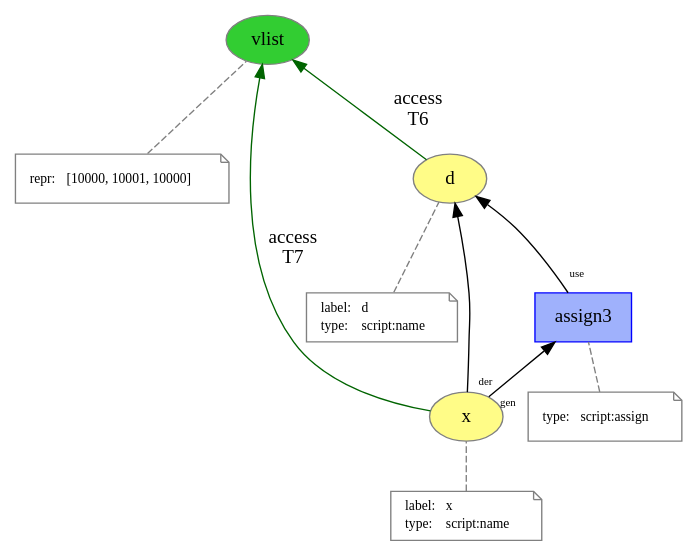
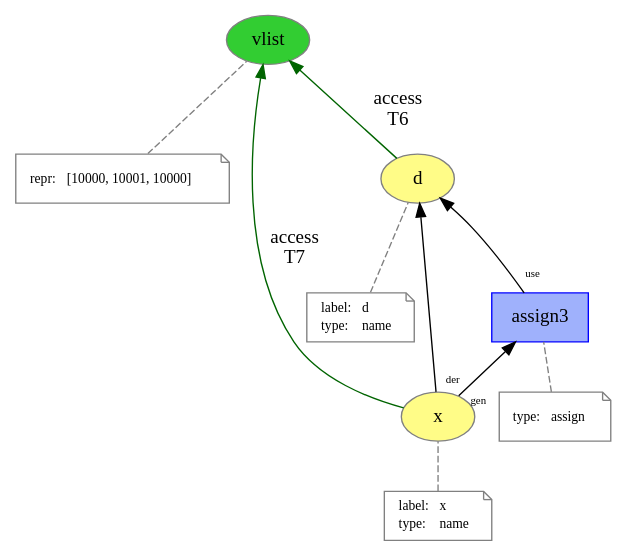
Before and after one commit to dew-uff/versioned-prov: the diagram in images/mutable_prov/list_assign2.dot, drawn with Graphviz. The commit also changed 216 other files, not shown here.

```diff
--- a/images/mutable_prov/list_assign2.dot
+++ b/images/mutable_prov/list_assign2.dot
@@ -1,49 +1,49 @@
 digraph "PROV" { size="16,12"; rankdir="BT";
 "http://example.org/vlist" [fillcolor="#32CD32",color="#808080",style="filled",label="vlist",URL="http://example.org/vlist"]
 "-attrs0" [color="gray",shape="note",fontsize="10",fontcolor="black",label=<<TABLE cellpadding="0" border="0">
 	<TR>
 	    <TD align="left">repr:</TD>
 	    <TD align="left">[10000, 10001, 10000]</TD>
 	</TR>
 </TABLE>>]
 "-attrs0" -> "http://example.org/vlist" [color="gray",style="dashed",arrowhead="none"]
 "http://example.org/d" [fillcolor="#FFFC87",color="#808080",style="filled",label="d",URL="http://example.org/d"]
 "-attrs1" [color="gray",shape="note",fontsize="10",fontcolor="black",label=<<TABLE cellpadding="0" border="0">
 	<TR>
 	    <TD align="left">label:</TD>
 	    <TD align="left">d</TD>
 	</TR>
 	<TR>
 	    <TD align="left">type:</TD>
-	    <TD align="left">script:name</TD>
+	    <TD align="left">name</TD>
 	</TR>
 </TABLE>>]
 "-attrs1" -> "http://example.org/d" [color="gray",style="dashed",arrowhead="none"]
 "http://example.org/d" -> "http://example.org/vlist" [labelfontsize="8",labeldistance="1.5",color="darkgreen",labelangle="60.0",rotation="20",label="access
 T6"]
 "http://example.org/x" [fillcolor="#FFFC87",color="#808080",style="filled",label="x",URL="http://example.org/x"]
 "-attrs2" [color="gray",shape="note",fontsize="10",fontcolor="black",label=<<TABLE cellpadding="0" border="0">
 	<TR>
 	    <TD align="left">label:</TD>
 	    <TD align="left">x</TD>
 	</TR>
 	<TR>
 	    <TD align="left">type:</TD>
-	    <TD align="left">script:name</TD>
+	    <TD align="left">name</TD>
 	</TR>
 </TABLE>>]
 "-attrs2" -> "http://example.org/x" [color="gray",style="dashed",arrowhead="none"]
 "http://example.org/x" -> "http://example.org/vlist" [labelfontsize="8",labeldistance="1.5",color="darkgreen",labelangle="60.0",rotation="20",label="access
 T7"]
 "http://example.org/assign3" [fillcolor="#9FB1FC",color="#0000FF",shape="polygon",sides="4",style="filled",label="assign3",URL="http://example.org/assign3"]
 "-attrs3" [color="gray",shape="note",fontsize="10",fontcolor="black",label=<<TABLE cellpadding="0" border="0">
 	<TR>
 	    <TD align="left">type:</TD>
-	    <TD align="left">script:assign</TD>
+	    <TD align="left">assign</TD>
 	</TR>
 </TABLE>>]
 "-attrs3" -> "http://example.org/assign3" [color="gray",style="dashed",arrowhead="none"]
 "http://example.org/assign3" -> "http://example.org/d" [labelfontsize="8",labeldistance="1.5",labelangle="60.0",rotation="20",taillabel="use"]
 "http://example.org/x" -> "http://example.org/assign3" [labelfontsize="8",labeldistance="1.5",labelangle="60.0",rotation="20",taillabel="gen"]
 "http://example.org/x" -> "http://example.org/d" [labelfontsize="8",labeldistance="1.5",labelangle="60.0",rotation="20",taillabel="der"]
 }
```
